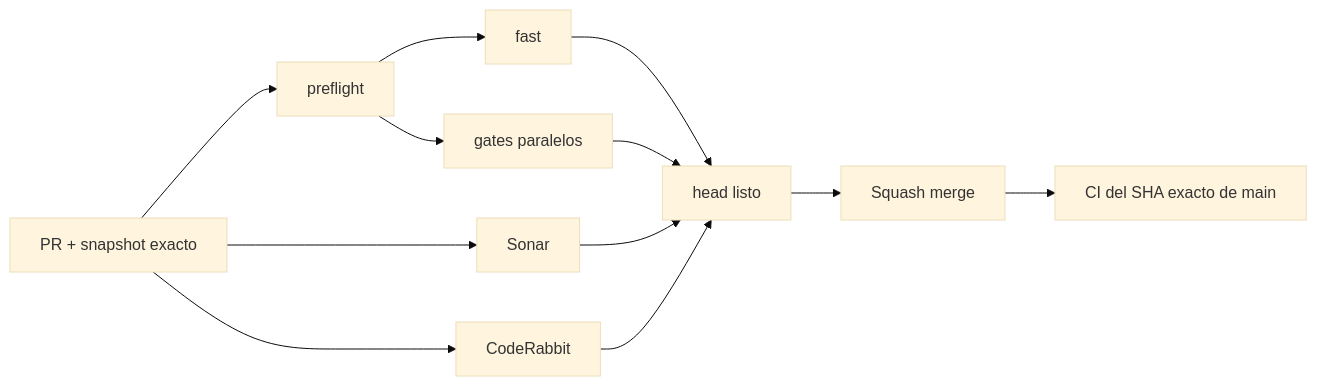
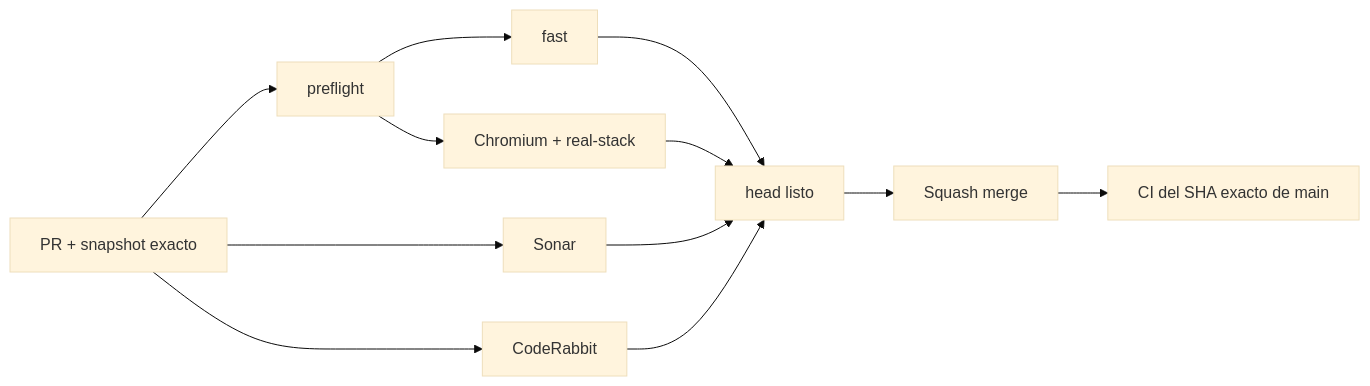
Before and after one commit to pl0n3r/brvtal: the diagram in README.md, drawn with Mermaid (base theme). The commit also changed other lines of this file and 7 other files, not shown here.

````diff
--- a/README.md
+++ b/README.md
@@ -44,14 +44,14 @@
 ```mermaid
 flowchart LR
  A["PR + snapshot exacto"] --> P["preflight"]
  P --> F["fast"]
- P --> H["gates paralelos"]
+ P --> B["Chromium + real-stack"]
  A --> S["Sonar"]
  A --> R["CodeRabbit"]
  F --> G["head listo"]
- H --> G
+ B --> G
  S --> G
  R --> G
  G --> M["Squash merge"]
  M --> X["CI del SHA exacto de main"]
 ```
````
